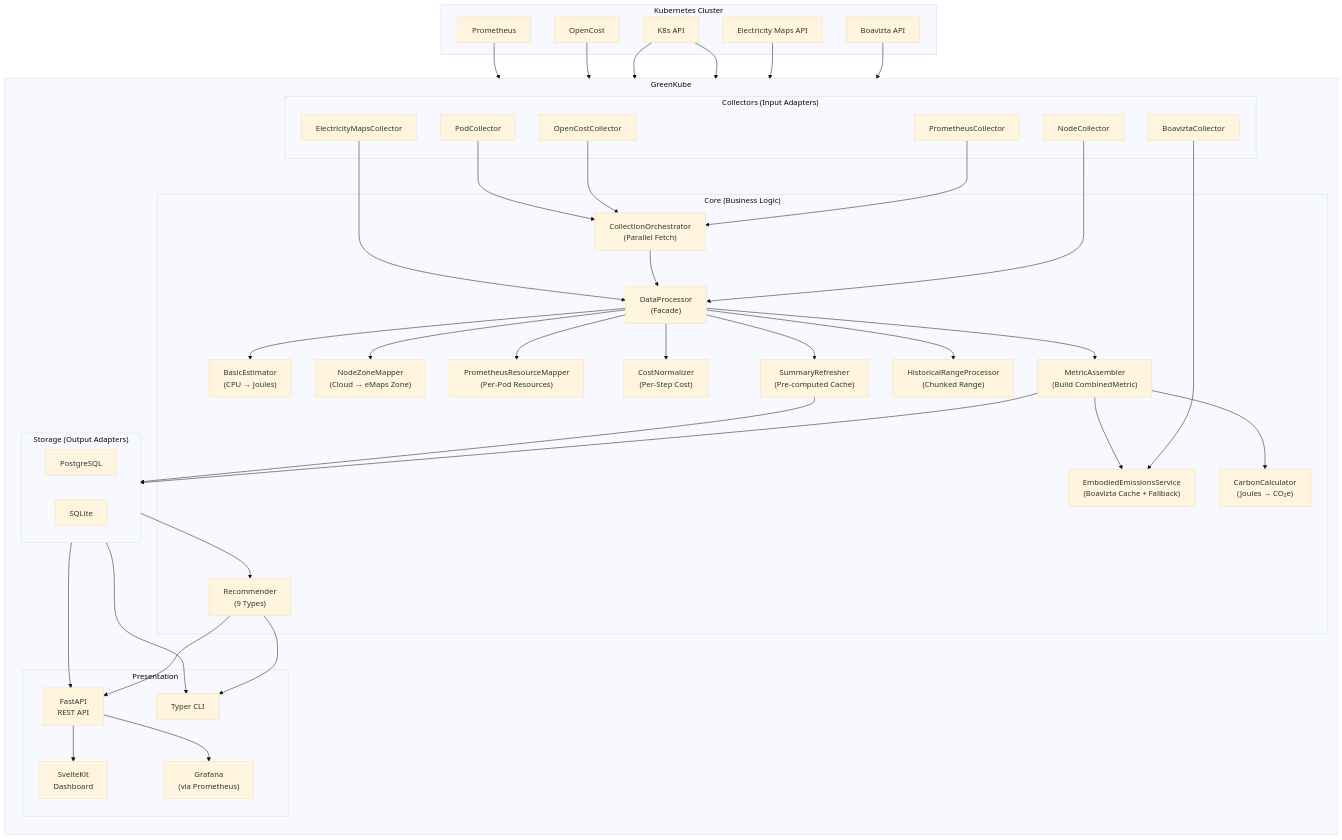
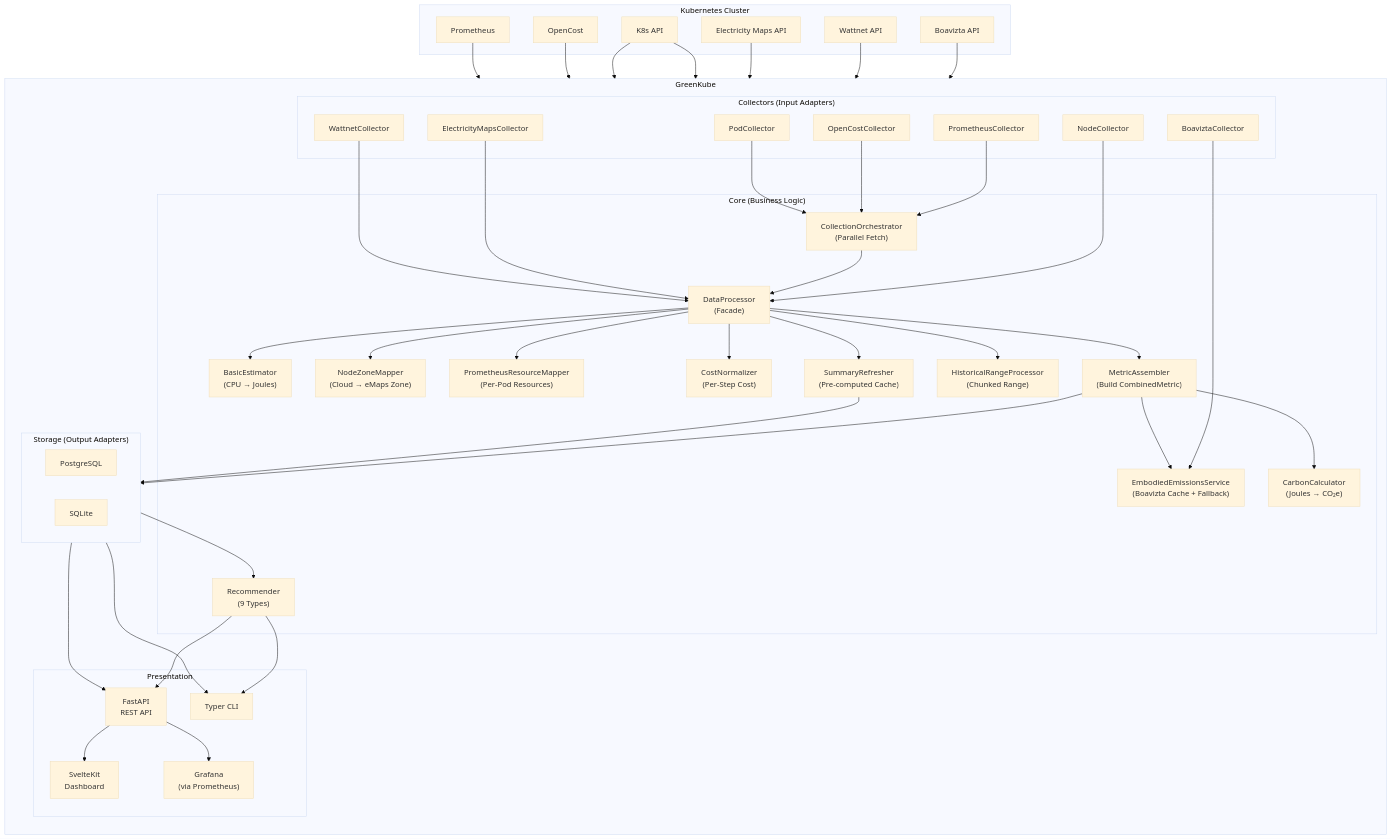
The diagram in docs/architecture.md (GreenKubeCloud/GreenKube), drawn with Mermaid (base theme) before and after one commit. The commit also changed other lines of this file and 3 other files, not shown here.

```diff
--- a/docs/architecture.md
+++ b/docs/architecture.md
@@ -11,6 +11,7 @@
         OC["OpenCost"]
         K8sAPI["K8s API"]
         EM["Electricity Maps API"]
+        WN["Wattnet API"]
         Boavizta["Boavizta API"]
     end
 
@@ -22,6 +23,7 @@
             NC["NodeCollector"]
             PodC["PodCollector"]
             EMC["ElectricityMapsCollector"]
+            WNC["WattnetCollector"]
             BC["BoaviztaCollector"]
         end
 
@@ -58,6 +60,7 @@
     K8sAPI --> NC
     K8sAPI --> PodC
     EM --> EMC
+    WN --> WNC
     Boavizta --> BC
 
     PC --> CO
@@ -67,6 +70,7 @@
 
     CO --> DP
     EMC --> DP
+    WNC --> DP
     BC --> ESvc
 
     DP --> Est
```
